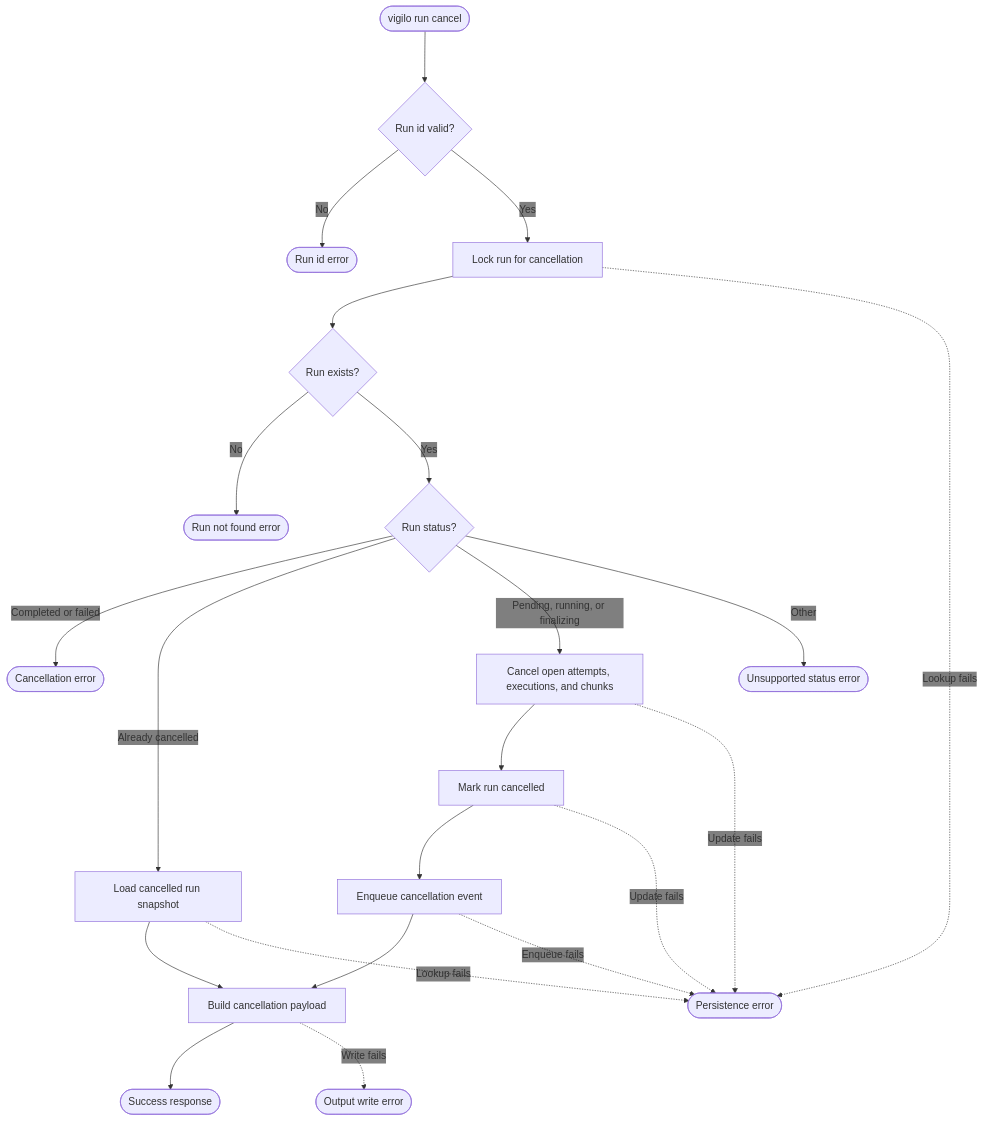
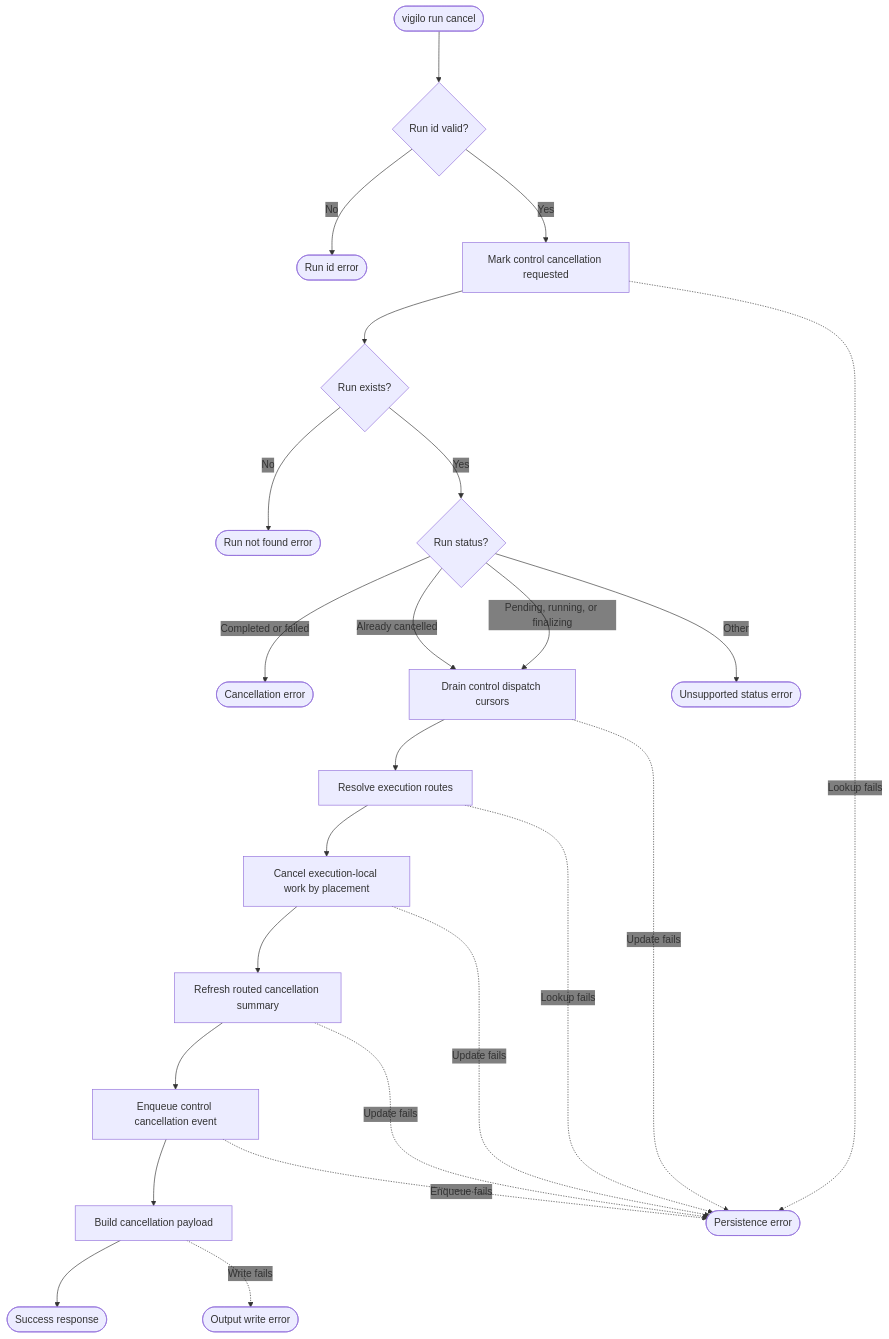
One commit to gregl83/agent-vigilo changed the diagram in web/docs/architecture/flows/run/cancel/decision-flow.mmd. Above: the diagram before and after it, drawn with Mermaid. The commit also changed 17 other files, not shown here.

Commit message:
fix run cancellation for shard routing

```diff
--- a/web/docs/architecture/flows/run/cancel/decision-flow.mmd
+++ b/web/docs/architecture/flows/run/cancel/decision-flow.mmd
@@ -1,65 +1,69 @@
 ---
 config:
   flowchart:
     nodeSpacing: 150
     rankSpacing: 80
   themeVariables:
     edgeLabelBackground: 'transparent'
 ---
 flowchart TD
     Start([vigilo run cancel])
 
     RunId{Run id valid?}
-    LockRun[Lock run for cancellation]
+    RequestCancel[Mark control cancellation requested]
     Found{Run exists?}
     Status{Run status?}
-    LoadCancelled[Load cancelled run snapshot]
-    CancelWork[Cancel open attempts, executions, and chunks]
-    UpdateRun[Mark run cancelled]
-    Event[Enqueue cancellation event]
+    Drain[Drain control dispatch cursors]
+    Routes[Resolve execution routes]
+    CancelWork[Cancel execution-local work by placement]
+    Summary[Refresh routed cancellation summary]
+    Event[Enqueue control cancellation event]
     Payload[Build cancellation payload]
 
     Success([Success response])
 
     RunIdFail([Run id error])
     NotFoundFail([Run not found error])
     TerminalFail([Cancellation error])
     UnsupportedFail([Unsupported status error])
     PersistenceFail([Persistence error])
     OutputFail([Output write error])
 
     Start --> RunId
 
     RunId -- No --> RunIdFail
-    RunId -- Yes --> LockRun
+    RunId -- Yes --> RequestCancel
 
-    LockRun --> Found
-    LockRun -. Lookup fails .-> PersistenceFail
+    RequestCancel --> Found
+    RequestCancel -. Lookup fails .-> PersistenceFail
 
     Found -- No --> NotFoundFail
     Found -- Yes --> Status
 
     Status -- Completed or failed --> TerminalFail
-    Status -- Already cancelled --> LoadCancelled
-    Status -- Pending, running, or finalizing --> CancelWork
+    Status -- Already cancelled --> Drain
+    Status -- Pending, running, or finalizing --> Drain
     Status -- Other --> UnsupportedFail
 
-    LoadCancelled --> Payload
-    LoadCancelled -. Lookup fails .-> PersistenceFail
+    Drain --> Routes
+    Drain -. Update fails .-> PersistenceFail
 
-    CancelWork --> UpdateRun
+    Routes --> CancelWork
+    Routes -. Lookup fails .-> PersistenceFail
+
+    CancelWork --> Summary
     CancelWork -. Update fails .-> PersistenceFail
 
-    UpdateRun --> Event
-    UpdateRun -. Update fails .-> PersistenceFail
+    Summary --> Event
+    Summary -. Update fails .-> PersistenceFail
 
     Event --> Payload
     Event -. Enqueue fails .-> PersistenceFail
 
     Payload --> Success
     Payload -. Write fails .-> OutputFail
 
     class Start command
     class Success success
-    class RunId,LockRun,Found,Status,LoadCancelled,CancelWork,UpdateRun,Event,Payload system
+    class RunId,RequestCancel,Found,Status,Drain,Routes,CancelWork,Summary,Event,Payload system
     class RunIdFail,NotFoundFail,TerminalFail,UnsupportedFail,PersistenceFail,OutputFail error
```
